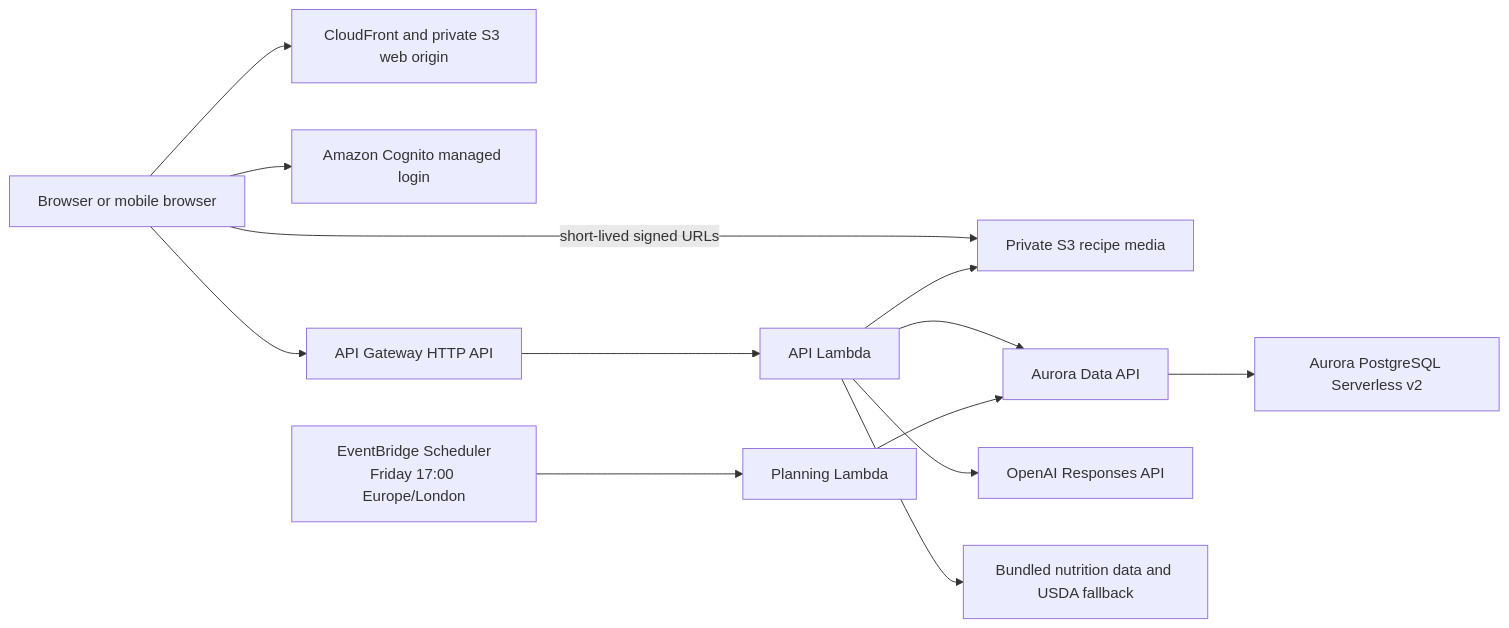
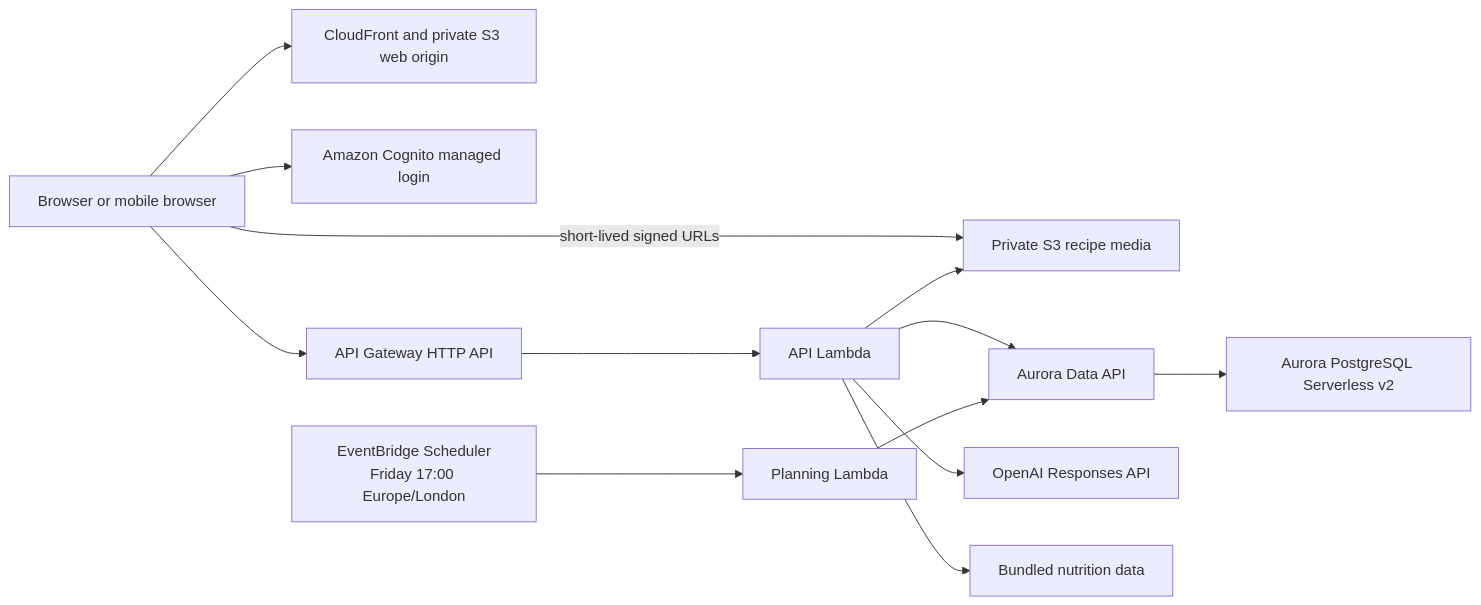
The diagram in docs/technical-architecture.md (cdm319/MacroMap), drawn with Mermaid before and after one commit. The commit also changed other lines of this file and 7 other files, not shown here.

````diff
--- a/docs/technical-architecture.md
+++ b/docs/technical-architecture.md
@@ -38,15 +38,15 @@
 ```mermaid
 flowchart LR
     Browser["Browser or mobile browser"] --> Web["CloudFront and private S3 web origin"]
     Browser --> Auth["Amazon Cognito managed login"]
     Browser --> API["API Gateway HTTP API"]
     Browser -->|"short-lived signed URLs"| Media["Private S3 recipe media"]
     API --> ApiLambda["API Lambda"]
     Schedule["EventBridge Scheduler<br/>Friday 17:00 Europe/London"] --> PlannerLambda["Planning Lambda"]
     ApiLambda --> DataApi["Aurora Data API"]
     PlannerLambda --> DataApi
     DataApi --> Database["Aurora PostgreSQL Serverless v2"]
     ApiLambda --> Media
     ApiLambda --> OpenAI["OpenAI Responses API"]
-    ApiLambda --> Nutrition["Bundled nutrition data and USDA fallback"]
+    ApiLambda --> Nutrition["Bundled nutrition data"]
 ```
````
